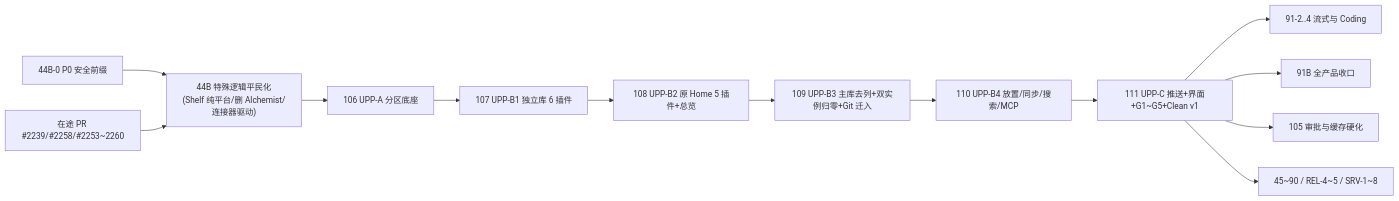
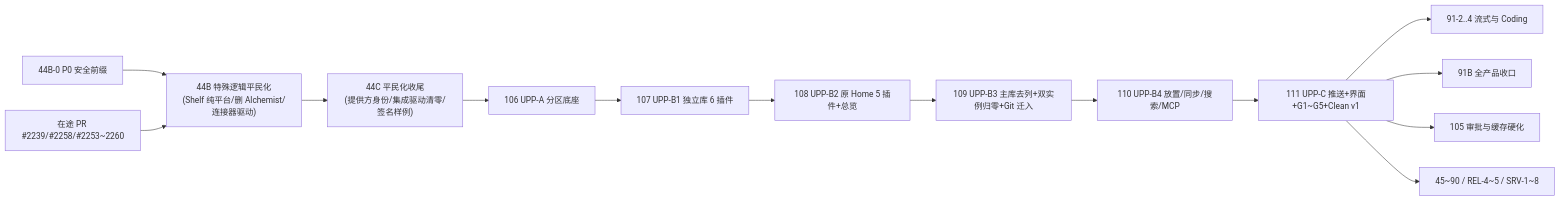
Before and after one commit to molis-ai/molis-work: the fifth of 5 diagrams in specs/post-anticorruption-roadmap/reference/dependencies.md, drawn with Mermaid. The commit also changed other lines of this file and 6 other files, not shown here.

Commit message:
docs(44b): 收尾五问、合入记录、开 44C 批次文件并接进依赖图与执行目录；V15 真实 Home 的 alchemist/ 已删

````diff
--- a/specs/post-anticorruption-roadmap/reference/dependencies.md
+++ b/specs/post-anticorruption-roadmap/reference/dependencies.md
@@ -587,15 +588,16 @@
 ```mermaid
 flowchart LR
   B44B0["44B-0 P0 安全前缀"] --> B44B["44B 特殊逻辑平民化<br/>(Shelf 纯平台/删 Alchemist/连接器驱动)"]
   INF["在途 PR #2239/#2258/#2253~2260"] --> B44B
-  B44B --> B106["106 UPP-A 分区底座"]
+  B44B --> B44C["44C 平民化收尾<br/>(提供方身份/集成驱动清零/签名样例)"]
+  B44C --> B106["106 UPP-A 分区底座"]
   B106 --> B107["107 UPP-B1 独立库 6 插件"]
   B107 --> B108["108 UPP-B2 原 Home 5 插件+总览"]
   B108 --> B109["109 UPP-B3 主库去列+双实例归零+Git 迁入"]
   B109 --> B110["110 UPP-B4 放置/同步/搜索/MCP"]
   B110 --> B111["111 UPP-C 推送+界面+G1~G5+Clean v1"]
   B111 --> B91A["91-2..4 流式与 Coding"]
   B111 --> B91B["91B 全产品收口"]
   B111 --> B105["105 审批与缓存硬化"]
   B111 --> BDOWN["45~90 / REL-4~5 / SRV-1~8"]
 ```
````
